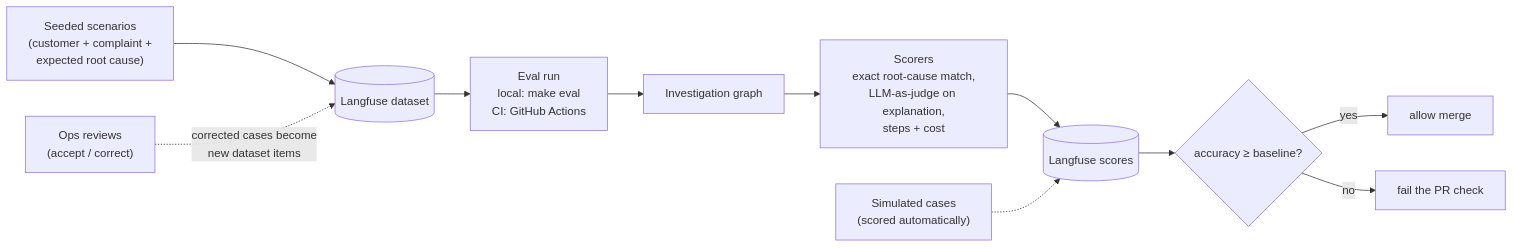
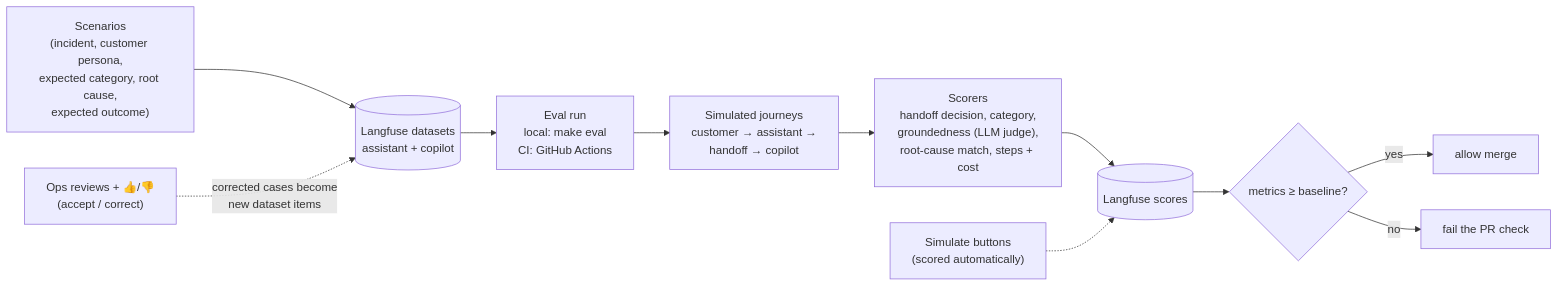
Before and after one commit to babicmilan999/claude-poc: the tenth of 12 diagrams in docs/architecture.md, drawn with Mermaid. The commit also changed other lines of this file, not shown here.

First line of the commit message:
Add in-app customer assistant to architecture design

````diff
--- a/docs/architecture.md
+++ b/docs/architecture.md
@@ -458,14 +631,14 @@
 ```mermaid
 flowchart LR
-    seed["Seeded scenarios<br/>(customer + complaint +<br/>expected root cause)"] --> ds[("Langfuse dataset")]
+    scenarios["Scenarios<br/>(incident, customer persona,<br/>expected category, root cause,<br/>expected outcome)"] --> ds[("Langfuse datasets<br/>assistant + copilot")]
     ds --> run["Eval run<br/>local: make eval<br/>CI: GitHub Actions"]
-    run --> inv_graph["Investigation graph"]
-    inv_graph --> judge["Scorers<br/>exact root-cause match,<br/>LLM-as-judge on explanation,<br/>steps + cost"]
+    run --> journeys["Simulated journeys<br/>customer → assistant →<br/>handoff → copilot"]
+    journeys --> judge["Scorers<br/>handoff decision, category,<br/>groundedness (LLM judge),<br/>root-cause match, steps + cost"]
     judge --> scores[("Langfuse scores")]
-    scores --> gate{"accuracy ≥ baseline?"}
+    scores --> gate{"metrics ≥ baseline?"}
     gate -->|yes| merge["allow merge"]
     gate -->|no| fail["fail the PR check"]
 
-    simulated["Simulated cases<br/>(scored automatically)"] -.-> scores
-    reviews["Ops reviews<br/>(accept / correct)"] -.->|"corrected cases become<br/>new dataset items"| ds
+    simulated["Simulate buttons<br/>(scored automatically)"] -.-> scores
+    reviews["Ops reviews + 👍/👎<br/>(accept / correct)"] -.->|"corrected cases become<br/>new dataset items"| ds
 ```
````
